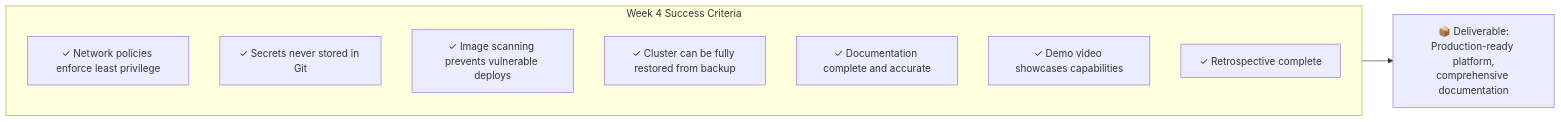
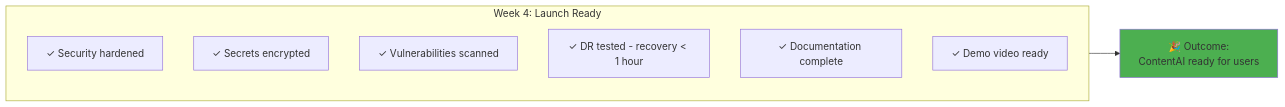
Before and after one commit to PearlThoughtsInternship/Internship-Obsidian-Vault: the fifth of 6 diagrams in DevOps/04-Internship/02-Week-by-Week.md, drawn with Mermaid. The commit also changed other lines of this file and 4 other files, not shown here.

````diff
--- a/DevOps/04-Internship/02-Week-by-Week.md
+++ b/DevOps/04-Internship/02-Week-by-Week.md
@@ -267,16 +269,17 @@
 ```mermaid
 flowchart LR
-    subgraph Success["Week 4 Success Criteria"]
-        C1["✓ Network policies enforce least privilege"]
-        C2["✓ Secrets never stored in Git"]
-        C3["✓ Image scanning prevents vulnerable deploys"]
-        C4["✓ Cluster can be fully restored from backup"]
-        C5["✓ Documentation complete and accurate"]
-        C6["✓ Demo video showcases capabilities"]
-        C7["✓ Retrospective complete"]
+    subgraph Success["Week 4: Launch Ready"]
+        C1["✓ Security hardened"]
+        C2["✓ Secrets encrypted"]
+        C3["✓ Vulnerabilities scanned"]
+        C4["✓ DR tested - recovery < 1 hour"]
+        C5["✓ Documentation complete"]
+        C6["✓ Demo video ready"]
     end
 
-    Deliverable["📦 Deliverable:<br/>Production-ready platform,<br/>comprehensive documentation"]
+    Outcome["🎉 Outcome:\nContentAI ready for users"]
 
-    Success --> Deliverable
+    Success --> Outcome
+
+    style Outcome fill:#4CAF50
 ```
````
